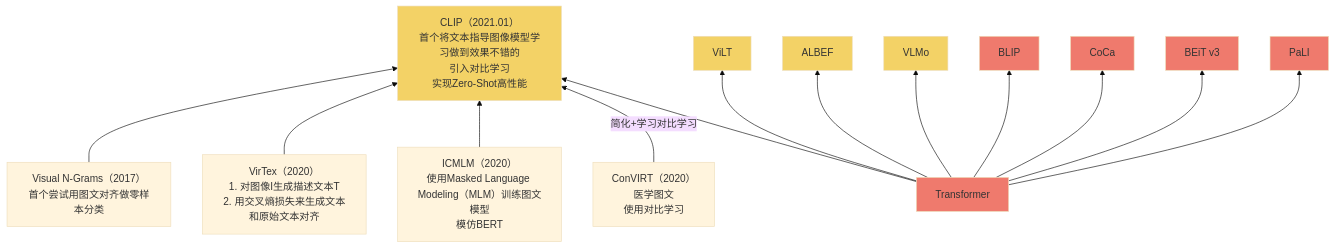
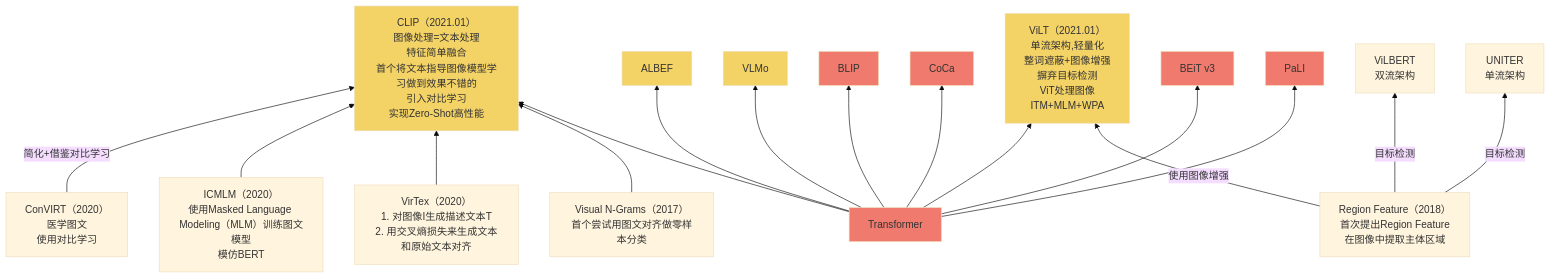
Before and after one commit to Elephant-King9/Paper: the third of 5 diagrams in Base_Model/VLM+VLLM/analyse.md, drawn with Mermaid (base theme). The commit also changed other lines of this file and 6 other files, not shown here.

````diff
--- a/Base_Model/VLM+VLLM/analyse.md
+++ b/Base_Model/VLM+VLLM/analyse.md
@@ -63,41 +80,50 @@
 ```mermaid
 flowchart BT
 	Transformer-->CLIP
 	Visual_N-Grams-->CLIP
 	VirTex-->CLIP
 	ICMLM-->CLIP
-	ConVIRT-->|简化+学习对比学习|CLIP
+	ConVIRT-->|简化+借鉴对比学习|CLIP
+	
+	Region_Feature-->|目标检测|ViLBERT
+	Region_Feature-->|目标检测|UNITER
+	Region_Feature-->|使用图像增强|ViLT
 	Transformer-->ViLT
 	Transformer-->ALBEF
 	Transformer-->VLMo
 	
 	Transformer-->BLIP
 	Transformer-->CoCa
 	Transformer-->BEiT_v3
 	Transformer-->PaLI
 	
 	
 	
+	
+	
 	Transformer[Transformer]
 		style Transformer fill:#EF7A6D
-	ViLT[ViLT]
+	ViLT[ViLT（2021.01）<br>单流架构,轻量化<br>整词遮蔽+图像增强<br>摒弃目标检测<br>ViT处理图像<br>ITM+MLM+WPA]
 		style ViLT fill:#F3D266
-	CLIP[CLIP（2021.01）<br>首个将文本指导图像模型学习做到效果不错的<br>引入对比学习<br>实现Zero-Shot高性能]
+	CLIP[CLIP（2021.01）<br>图像处理=文本处理<br>特征简单融合<br>首个将文本指导图像模型学习做到效果不错的<br>引入对比学习<br>实现Zero-Shot高性能]
 		style CLIP fill:#F3D266
 	ALBEF[ALBEF]
 		style ALBEF fill:#F3D266
 	VLMo[VLMo]
 		style VLMo fill:#F3D266
 	BLIP[BLIP]
 		style BLIP fill:#EF7A6D
 	CoCa[CoCa]
 		style CoCa fill:#EF7A6D
 	BEiT_v3[BEiT v3]
 		style BEiT_v3 fill:#EF7A6D
 	PaLI[PaLI]
 		style PaLI fill:#EF7A6D
 	VirTex[VirTex（2020）<br>1. 对图像I生成描述文本T<br>2. 用交叉熵损失来生成文本和原始文本对齐]
 	ICMLM[ICMLM（2020）<br>使用Masked Language Modeling（MLM）训练图文模型<br>模仿BERT]
 	ConVIRT[ConVIRT（2020）<br>医学图文<br>使用对比学习]
 	Visual_N-Grams[Visual N-Grams（2017）<br>首个尝试用图文对齐做零样本分类]
+	Region_Feature[Region Feature（2018）<br>首次提出Region Feature<br>在图像中提取主体区域]
+	UNITER[UNITER<br>单流架构]
+	ViLBERT[ViLBERT<br>双流架构]
 ```
````
